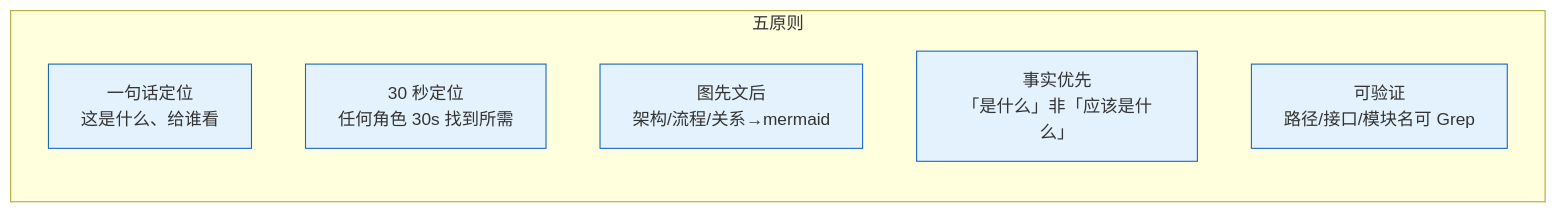
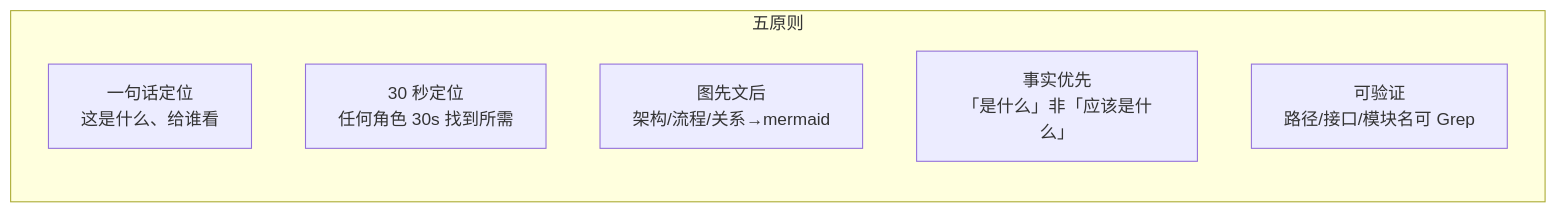
The sixth of 7 diagrams in agents/AGENT.md (effiy/YrY), drawn with Mermaid before and after one commit. The commit also changed other lines of this file and 9 other files, not shown here.

````diff
--- a/agents/AGENT.md
+++ b/agents/AGENT.md
@@ -168,12 +159,11 @@
 ```mermaid
 flowchart LR
     subgraph 原则["五原则"]
         P1["一句话定位<br/>这是什么、给谁看"]:::p
         P2["30 秒定位<br/>任何角色 30s 找到所需"]:::p
         P3["图先文后<br/>架构/流程/关系→mermaid"]:::p
         P4["事实优先<br/>「是什么」非「应该是什么」"]:::p
         P5["可验证<br/>路径/接口/模块名可 Grep"]:::p
     end
 
-    classDef p fill:#e3f2fd,stroke:#1565c0;
 ```
````
